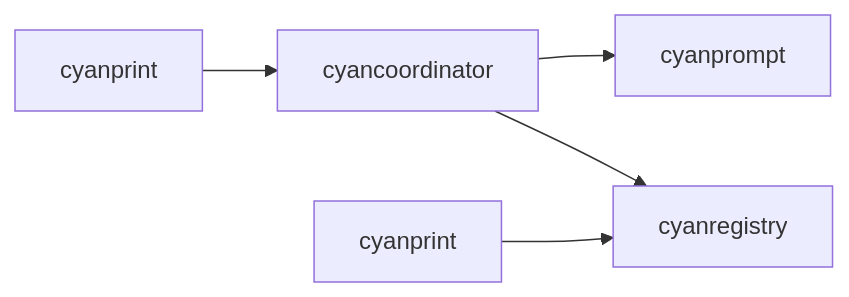
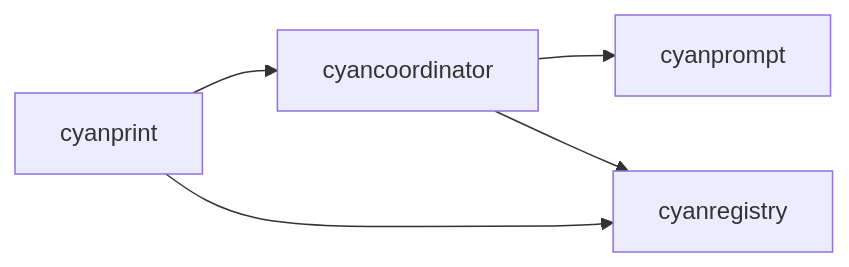
Before and after one commit to AtomiCloud/sulfone.iridium: the diagram in docs/developer/modules/02-cyancoordinator.md, drawn with Mermaid. The commit also changed 22 other files, not shown here.

````diff
--- a/docs/developer/modules/02-cyancoordinator.md
+++ b/docs/developer/modules/02-cyancoordinator.md
@@ -77,8 +77,8 @@
 ```mermaid
 flowchart LR
     A[cyancoordinator] --> B[cyanprompt]
     A --> C[cyanregistry]
 
     D[cyanprint] --> A
-    E[cyanprint] --> C
+    D --> C
 ```
````
